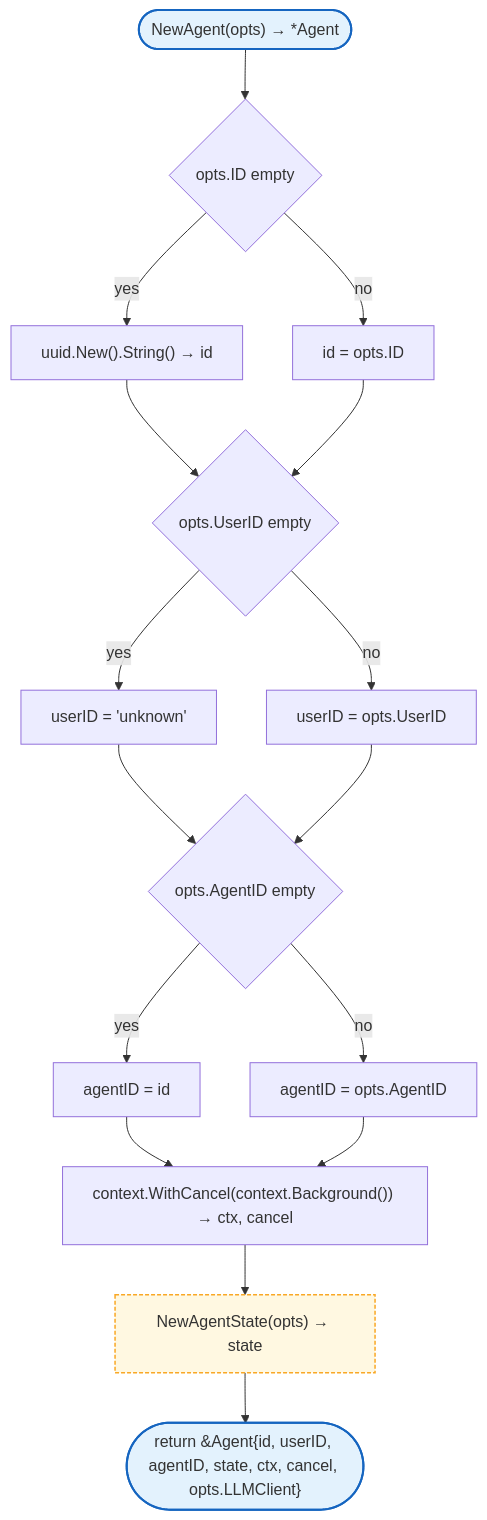
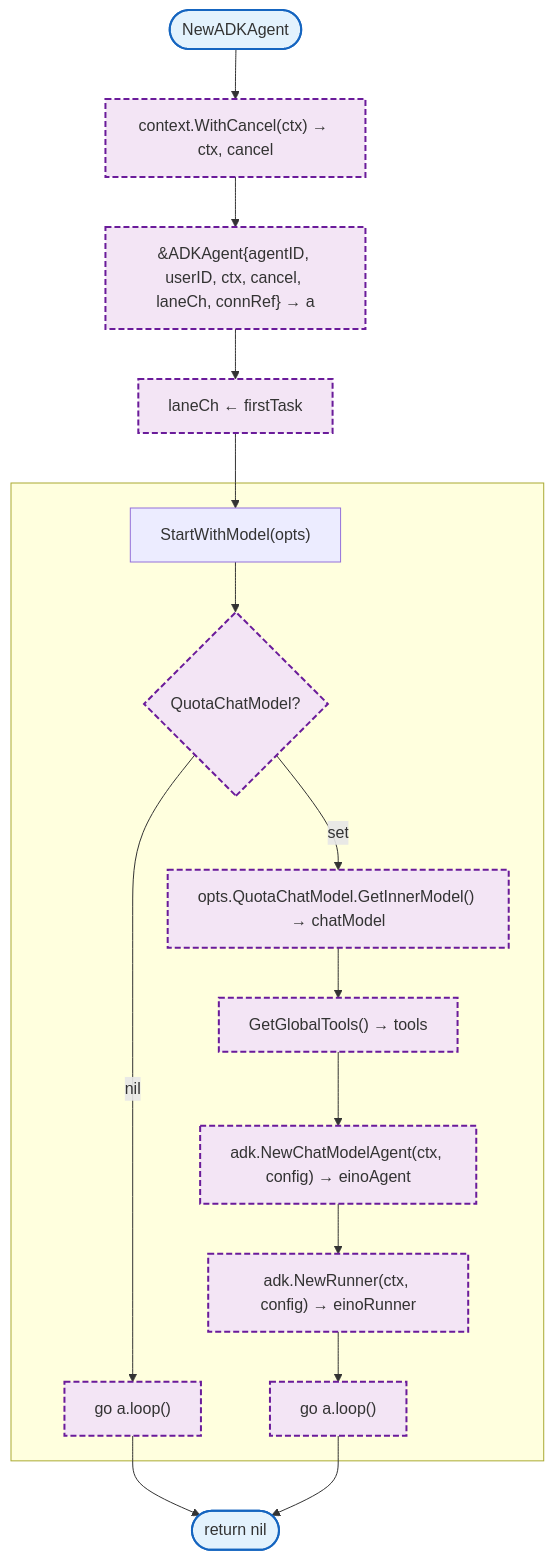
The first of 7 diagrams in docs/internal/agent/README.md (radch-ai/ava), drawn with Mermaid before and after one commit. The commit also changed other lines of this file and 38 other files, not shown here.

First line of the commit message:
refactor: consolidate agent package into ADKAgent

````diff
--- a/docs/internal/agent/README.md
+++ b/docs/internal/agent/README.md
@@ -51,27 +7,27 @@
 ```mermaid
 flowchart TB
-    Start(["NewAgent(opts) → *Agent"]) --> CheckID{opts.ID empty}
-    CheckID -->|yes| GenID["uuid.New().String() → id"]
-    CheckID -->|no| SetID["id = opts.ID"]
-    GenID --> CheckUserID
-    SetID --> CheckUserID{opts.UserID empty}
-    CheckUserID -->|yes| SetUserID["userID = 'unknown'"]
-    CheckUserID -->|no| SetUserID1["userID = opts.UserID"]
-    SetUserID --> CheckAgentID
-    SetUserID1 --> CheckAgentID{opts.AgentID empty}
-    CheckAgentID -->|yes| SetAgentID["agentID = id"]
-    CheckAgentID -->|no| SetAgentID1["agentID = opts.AgentID"]
-    SetAgentID --> NewCtx
-    SetAgentID1 --> NewCtx["context.WithCancel(context.Background()) → ctx, cancel"]
-    NewCtx --> NewState["NewAgentState(opts) → state"]
-    NewState --> ReturnAgent(["return &Agent{id, userID, agentID, state, ctx, cancel, opts.LLMClient}"])
+    Start([NewADKAgent]) --> CreateCtx["context.WithCancel(ctx) → ctx, cancel"]
+    CreateCtx --> InitAgent["&ADKAgent{agentID, userID, ctx, cancel, laneCh, connRef} → a"]
+    InitAgent --> QueueTask["laneCh ← firstTask"]
+    QueueTask --> StartWithModel["StartWithModel(opts)"]
 
-    click NewState href "types.md"
+    subgraph SGStartWithModel [" "]
+        StartWithModel --> CheckModel{QuotaChatModel?}
+        CheckModel -->|nil| GoLoop1["go a.loop()"]
+        CheckModel -->|set| GetInner["opts.QuotaChatModel.GetInnerModel() → chatModel"]
+        GetInner --> GetTools["GetGlobalTools() → tools"]
+        GetTools --> NewAgent["adk.NewChatModelAgent(ctx, config) → einoAgent"]
+        NewAgent --> NewRunner["adk.NewRunner(ctx, config) → einoRunner"]
+        NewRunner --> GoLoop2["go a.loop()"]
+    end
+
+    GoLoop1 --> Done(["return nil"])
+    GoLoop2 --> Done
 
     classDef mainFn fill:#e3f2fd,stroke:#1565c0,stroke-width:2px
     classDef internalFn fill:#f3e5f5,stroke:#6a1b9a,stroke-width:2px,stroke-dasharray:6 3
     classDef localPkgs fill:#fff8e1,stroke:#f9a825,stroke-width:1.5px,stroke-dasharray:4 2
 
-    class Start,ReturnAgent mainFn
-    class NewState localPkgs
+    class Start,Done mainFn
+    class CreateCtx,InitAgent,QueueTask,CheckModel,GetInner,GetTools,NewAgent,NewRunner,GoLoop1,GoLoop2 internalFn
 ```
````
